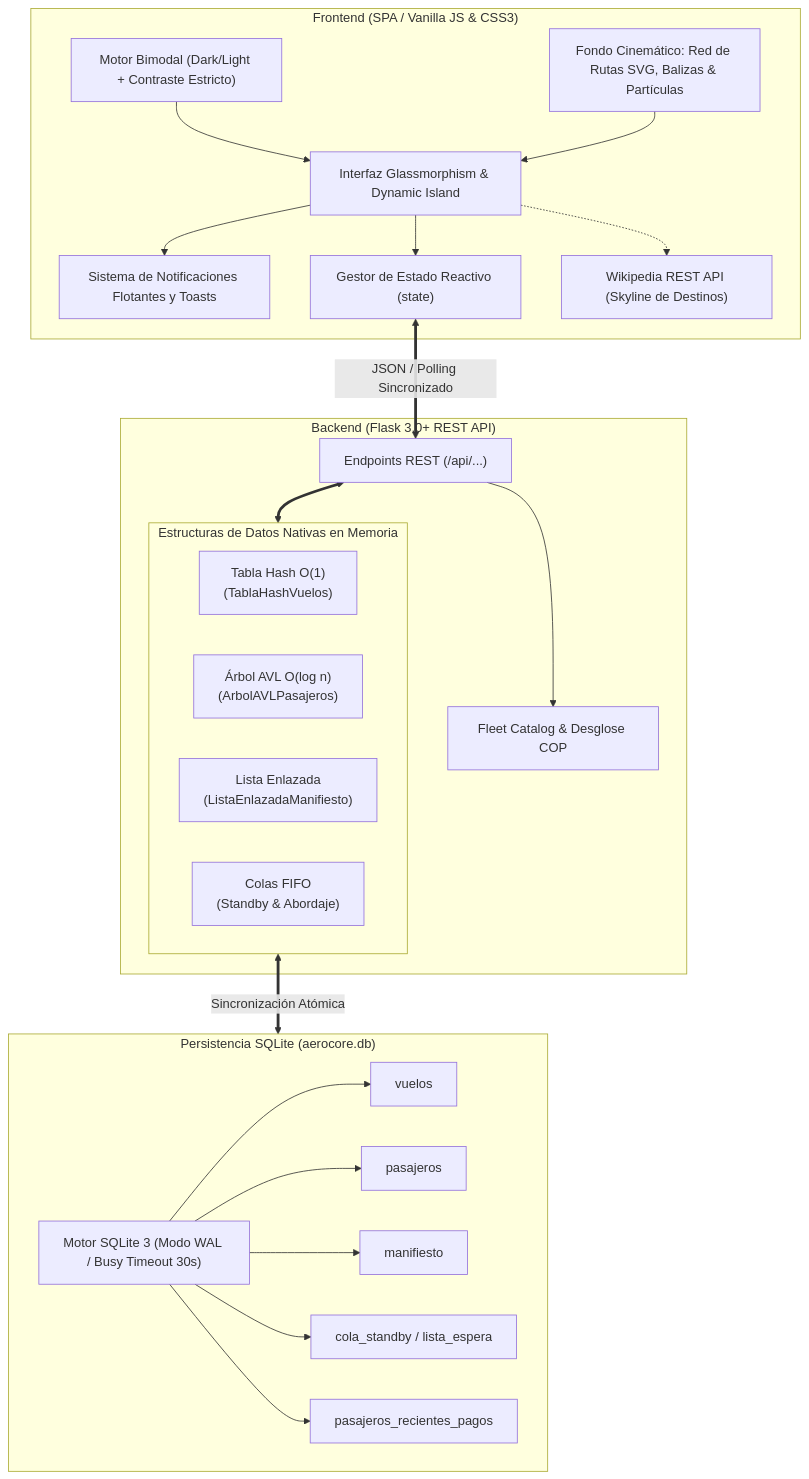
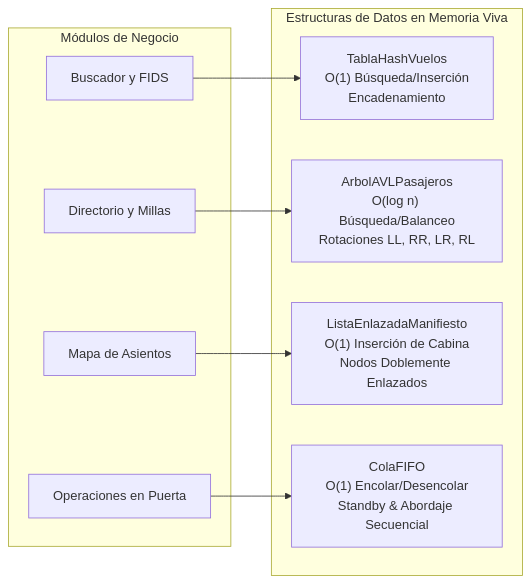
Before and after one commit to Nicolas-Moncada/avion: the first of 3 diagrams in README.md, drawn with Mermaid. The commit also changed other lines of this file and 8 other files, not shown here.

````diff
--- a/README.md
+++ b/README.md
@@ -30,47 +137,16 @@
 ```mermaid
-flowchart TD
-    subgraph Frontend["Frontend (SPA / Vanilla JS & CSS3)"]
-        UI["Interfaz Glassmorphism & Dynamic Island"]
-        Theme["Motor Bimodal (Dark/Light + Contraste Estricto)"]
-        Radar["Fondo Cinemático: Red de Rutas SVG, Balizas & Partículas"]
-        Toasts["Sistema de Notificaciones Flotantes y Toasts"]
-        State["Gestor de Estado Reactivo (state)"]
-        WikiAPI["Wikipedia REST API (Skyline de Destinos)"]
-        UI --> State
-        Theme --> UI
-        Radar --> UI
-        UI --> Toasts
-        UI -.-> WikiAPI
+flowchart LR
+    subgraph MemoriaViva["Estructuras de Datos en Memoria Viva"]
+        TH["TablaHashVuelos\nO(1) Búsqueda/Inserción\nEncadenamiento"]
+        AVL["ArbolAVLPasajeros\nO(log n) Búsqueda/Balanceo\nRotaciones LL, RR, LR, RL"]
+        LL["ListaEnlazadaManifiesto\nO(1) Inserción de Cabina\nNodos Doblemente Enlazados"]
+        FIFO["ColaFIFO\nO(1) Encolar/Desencolar\nStandby & Abordaje Secuencial"]
     end
 
-    subgraph Backend["Backend (Flask 3.0+ REST API)"]
-        Router["Endpoints REST (/api/...)"]
-        Catalog["Fleet Catalog & Desglose COP"]
-        
-        subgraph Memoria["Estructuras de Datos Nativas en Memoria"]
-            TH["Tabla Hash O(1)\n(TablaHashVuelos)"]
-            AVL["Árbol AVL O(log n)\n(ArbolAVLPasajeros)"]
-            LL["Lista Enlazada\n(ListaEnlazadaManifiesto)"]
-            FIFO["Colas FIFO\n(Standby & Abordaje)"]
-        end
+    subgraph Modulos["Módulos de Negocio"]
+        Buscador["Buscador y FIDS"] --> TH
+        Directorio["Directorio y Millas"] --> AVL
+        Cabina["Mapa de Asientos"] --> LL
+        Rampa["Operaciones en Puerta"] --> FIFO
     end
-
-    subgraph Persistencia["Persistencia SQLite (aerocore.db)"]
-        WAL["Motor SQLite 3 (Modo WAL / Busy Timeout 30s)"]
-        T_Vuelos["vuelos"]
-        T_Pasajeros["pasajeros"]
-        T_Manifiesto["manifiesto"]
-        T_Standby["cola_standby / lista_espera"]
-        T_Pagos["pasajeros_recientes_pagos"]
-        WAL --> T_Vuelos
-        WAL --> T_Pasajeros
-        WAL --> T_Manifiesto
-        WAL --> T_Standby
-        WAL --> T_Pagos
-    end
-
-    State <==>|JSON / Polling Sincronizado| Router
-    Router --> Catalog
-    Router <==> Memoria
-    Memoria <==>|Sincronización Atómica| Persistencia
 ```
````
